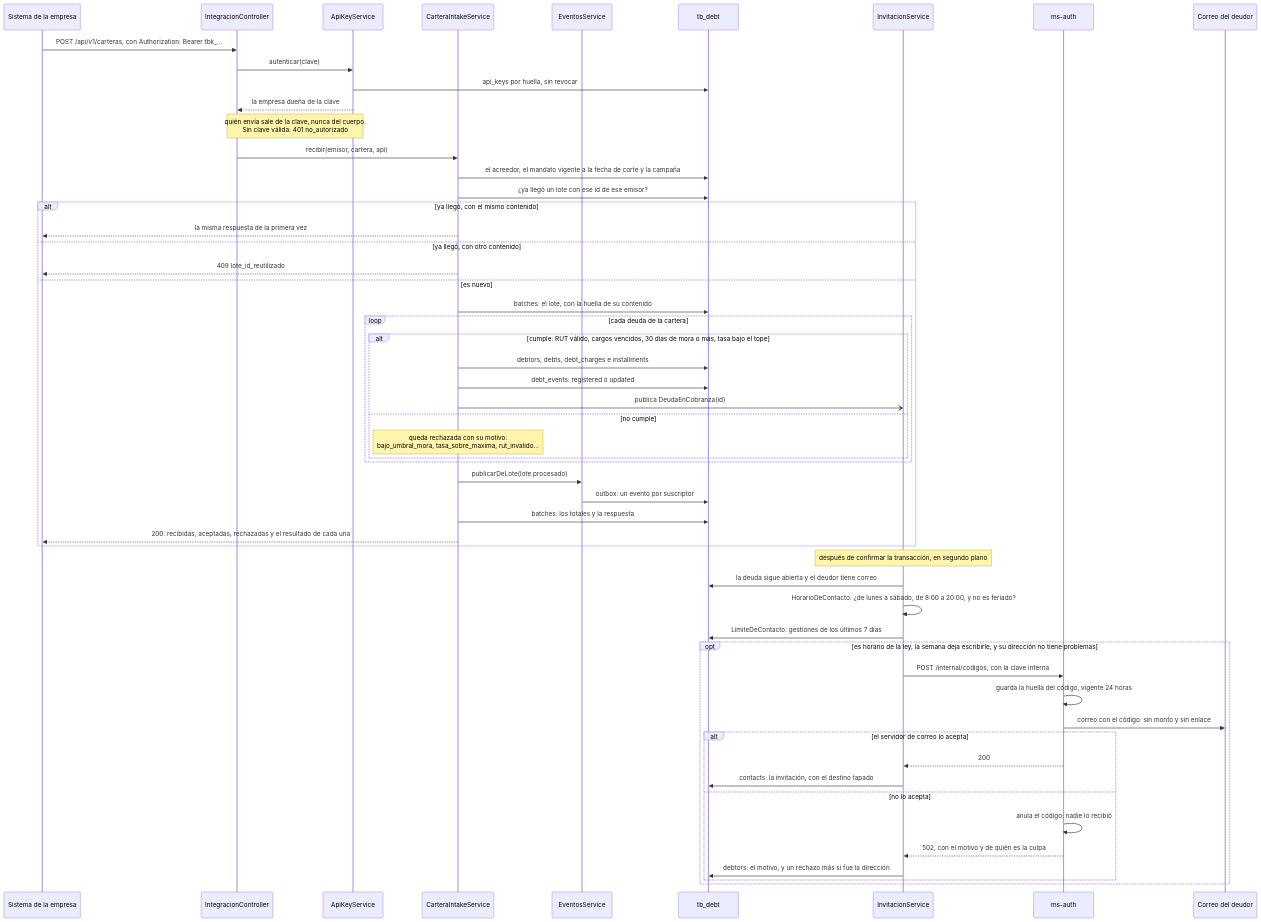
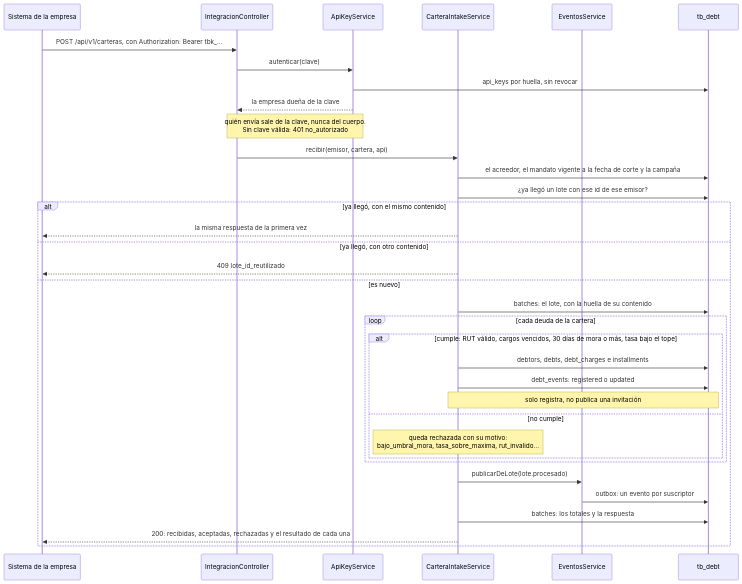
The fourth of 16 diagrams in docs/diagramas/secuencia.md (TechnicalBridge/DataBridge), drawn with Mermaid before and after one commit. The commit also changed other lines of this file and 63 other files, not shown here.

````diff
--- a/docs/diagramas/secuencia.md
+++ b/docs/diagramas/secuencia.md
@@ -213,59 +213,39 @@
 ```mermaid
 sequenceDiagram
     participant S as Sistema de la empresa
     participant IC as IntegracionController
     participant AK as ApiKeyService
     participant CI as CarteraIntakeService
     participant ES as EventosService
     participant B as tb_debt
-    participant IV as InvitacionService
-    participant AU as ms-auth
-    participant C as Correo del deudor
 
     S->>IC: POST /api/v1/carteras, con Authorization: Bearer tbk_…
     IC->>AK: autenticar(clave)
     AK->>B: api_keys por huella, sin revocar
     AK-->>IC: la empresa dueña de la clave
     Note over IC,AK: quién envía sale de la clave, nunca del cuerpo.<br/>Sin clave válida: 401 no_autorizado
     IC->>CI: recibir(emisor, cartera, api)
     CI->>B: el acreedor, el mandato vigente a la fecha de corte y la campaña
     CI->>B: ¿ya llegó un lote con ese id de ese emisor?
     alt ya llegó, con el mismo contenido
         CI-->>S: la misma respuesta de la primera vez
     else ya llegó, con otro contenido
         CI-->>S: 409 lote_id_reutilizado
     else es nuevo
         CI->>B: batches: el lote, con la huella de su contenido
         loop cada deuda de la cartera
             alt cumple: RUT válido, cargos vencidos, 30 días de mora o más, tasa bajo el tope
                 CI->>B: debtors, debts, debt_charges e installments
                 CI->>B: debt_events: registered o updated
-                CI-)IV: publica DeudaEnCobranza(id)
+                Note over CI,B: solo registra, no publica una invitación
             else no cumple
                 Note over CI: queda rechazada con su motivo:<br/>bajo_umbral_mora, tasa_sobre_maxima, rut_invalido…
             end
         end
         CI->>ES: publicarDeLote(lote.procesado)
         ES->>B: outbox: un evento por suscriptor
         CI->>B: batches: los totales y la respuesta
         CI-->>S: 200: recibidas, aceptadas, rechazadas y el resultado de cada una
     end
 
-    Note over IV: después de confirmar la transacción, en segundo plano
-    IV->>B: la deuda sigue abierta y el deudor tiene correo
-    IV->>IV: HorarioDeContacto: ¿de lunes a sábado, de 8:00 a 20:00, y no es feriado?
-    IV->>B: LimiteDeContacto: gestiones de los últimos 7 días
-    opt es horario de la ley, la semana deja escribirle, y su dirección no tiene problemas
-        IV->>AU: POST /internal/codigos, con la clave interna
-        AU->>AU: guarda la huella del código, vigente 24 horas
-        AU->>C: correo con el código: sin monto y sin enlace
-        alt el servidor de correo lo acepta
-            AU-->>IV: 200
-            IV->>B: contacts: la invitación, con el destino tapado
-        else no lo acepta
-            AU->>AU: anula el código: nadie lo recibió
-            AU-->>IV: 502, con el motivo y de quién es la culpa
-            IV->>B: debtors: el motivo, y un rechazo más si fue la dirección
-        end
-    end
 ```
````
